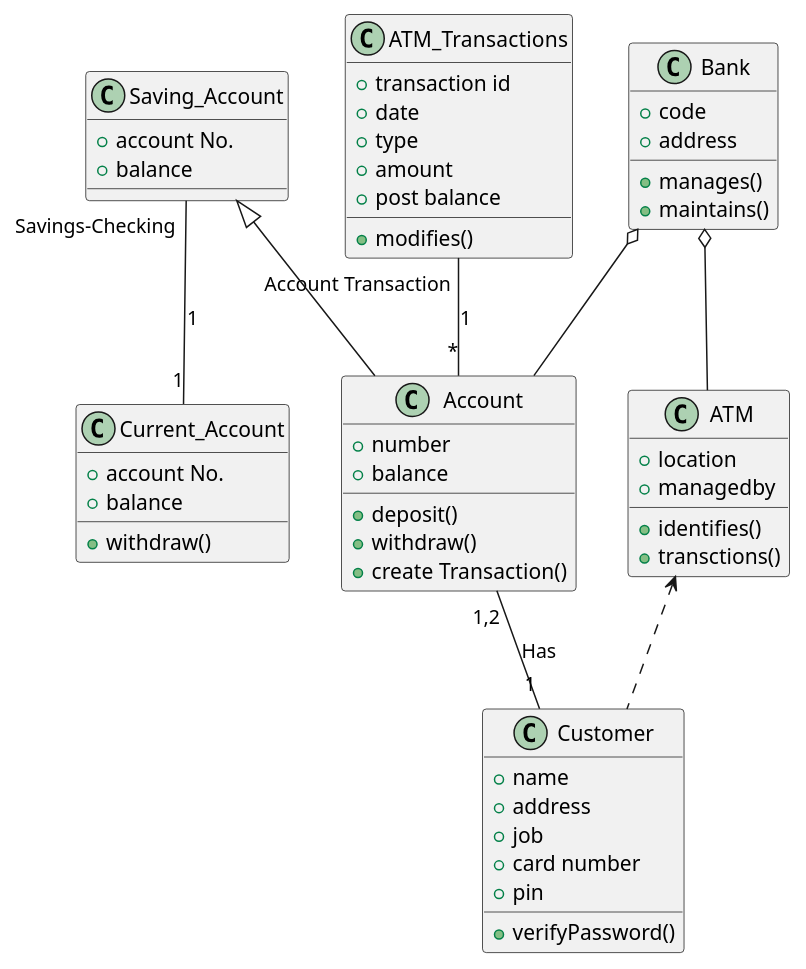
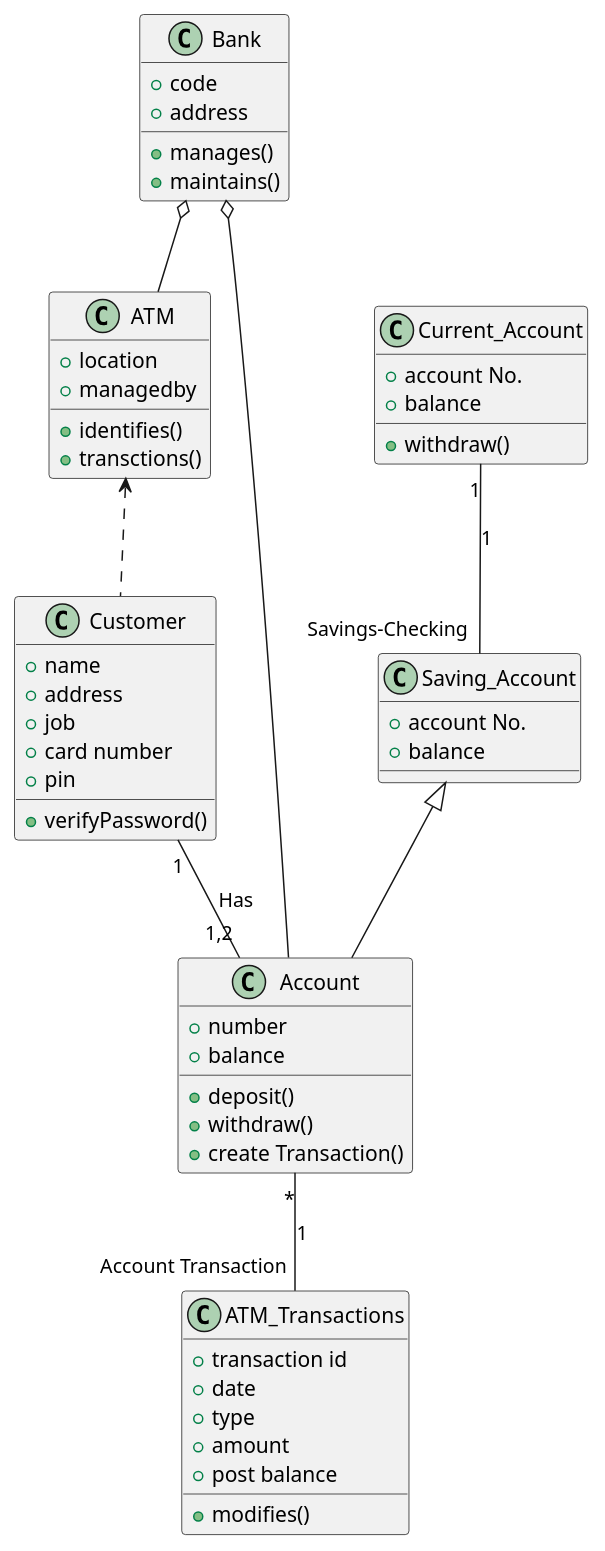
One commit to ayanesato/re-practice changed the diagram in PycharmProjects/sequence_diagram/class_diagram.puml. Above: the diagram before and after it, drawn with PlantUML.

Commit message:
多重度を修正

```diff
--- a/PycharmProjects/sequence_diagram/class_diagram.puml
+++ b/PycharmProjects/sequence_diagram/class_diagram.puml
@@ -1,62 +1,63 @@
 @startuml
 'https://plantuml.com/sequence-diagram
 
 class Customer{
 +name
 +address
 +job
 +card number
 +pin
 +verifyPassword()
 }
 
 class Bank{
 +code
 +address
 +manages()
 +maintains()
 }
 
 class ATM{
 +location
 +managedby
 +identifies()
 +transctions()
 }
 
 class Account{
 +number
 +balance
 +deposit()
 +withdraw()
 +create Transaction()
 }
 
 class ATM_Transactions{
 +transaction id
 +date
 +type
 +amount
 +post balance
 +modifies()
 }
 
 class Current_Account{
 +account No.
 +balance
 +withdraw()
 }
 
 class Saving_Account{
 +account No.
 +balance
 }
 
-Customer "1" -up- "1,2" Account : "Has"
-Account "*" -up- "Account Transaction" ATM_Transactions :"1"
-Current_Account "1" -up- "Savings-Checking"  Saving_Account: "1"
+Customer "1" -- "1,2" Account : "Has"
+Account "*" -- "Account Transaction" ATM_Transactions :"1"
+Current_Account "1" -- "Savings-Checking"  Saving_Account: "1"
 Bank o-- ATM
 Bank o-- Account
 Saving_Account <|-- Account
 ATM<.. Customer
+
 @enduml
```
